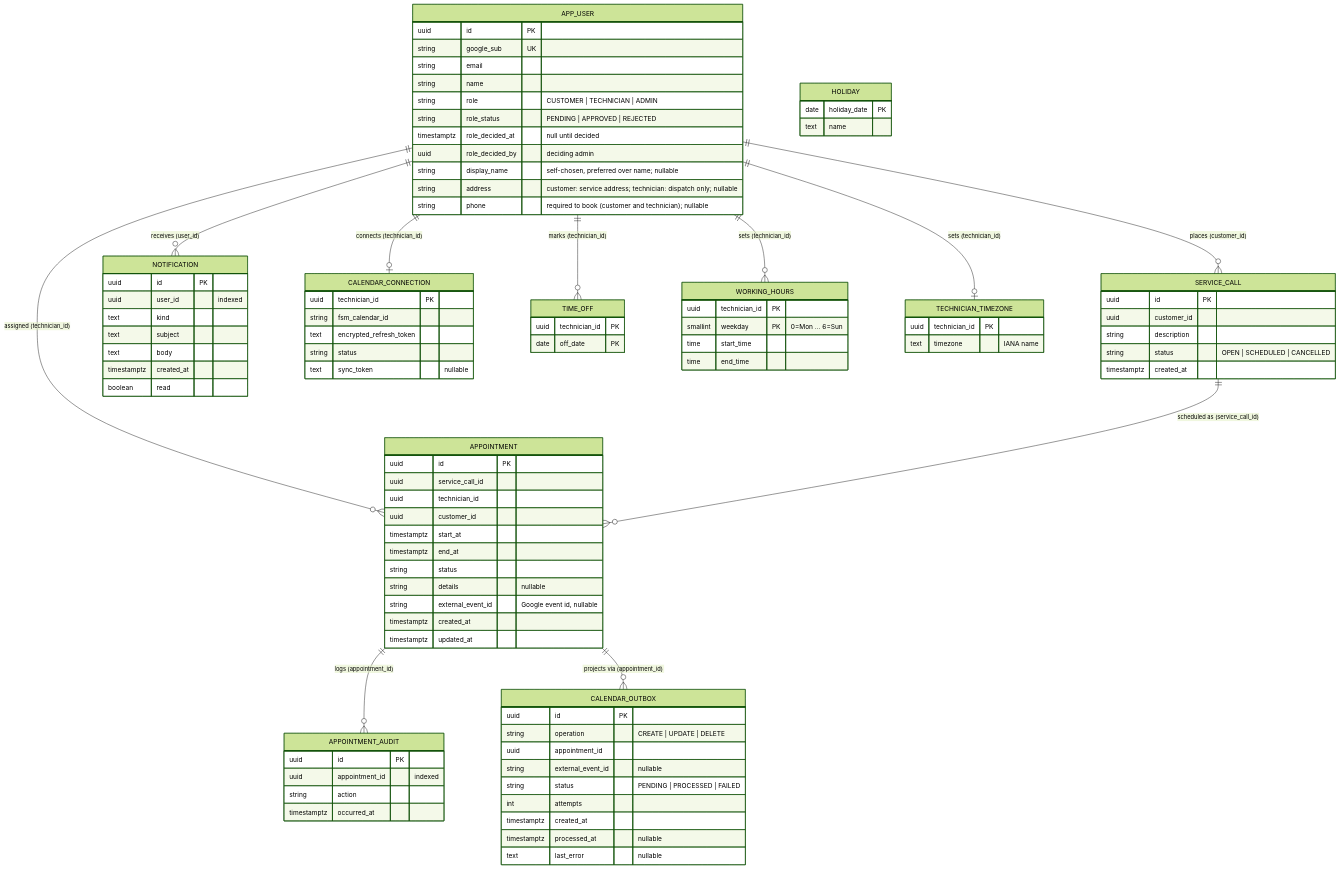
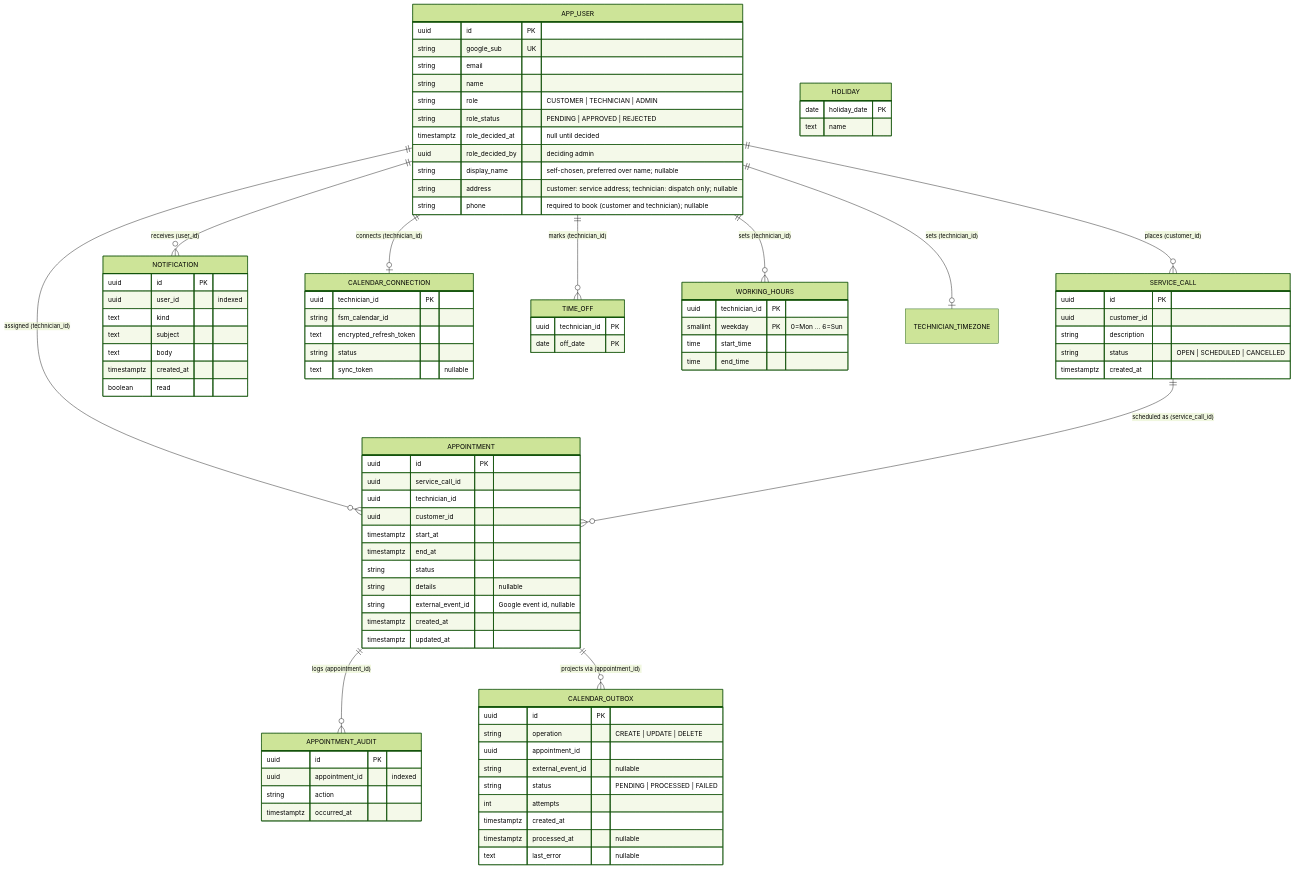
Before and after one commit to erancha/field-service-management: the diagram in docs/data.md, drawn with Mermaid (forest theme). The commit also changed other lines of this file and 20 other files, not shown here.

```diff
--- a/docs/data.md
+++ b/docs/data.md
@@ -109,11 +109,6 @@
         time end_time
     }
 
-    TECHNICIAN_TIMEZONE {
-        uuid technician_id PK
-        text timezone "IANA name"
-    }
-
     HOLIDAY {
         date holiday_date PK
         text name
```
